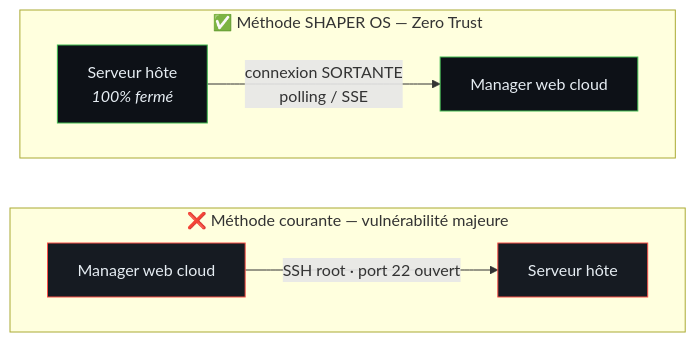
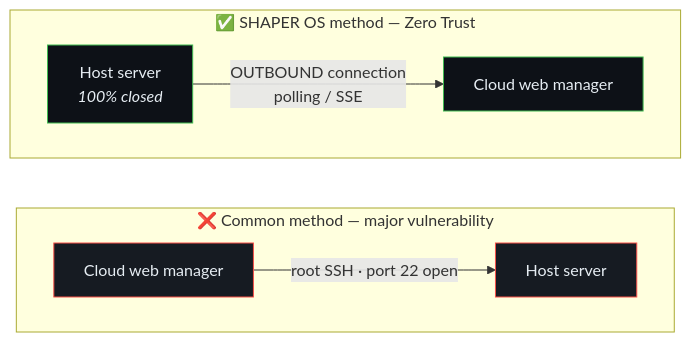
The second of 3 diagrams in docs/architecture/FRACTAL-ARCHITECTURE-AND-SECURITY.md (xavdp-pro/SHAPER-OS-V1.14), drawn with Mermaid before and after one commit. The commit also changed other lines of this file, not shown here.

First line of the commit message:
docs(rule-0): the fractal architecture and security document speaks English

````diff
--- a/docs/architecture/FRACTAL-ARCHITECTURE-AND-SECURITY.md
+++ b/docs/architecture/FRACTAL-ARCHITECTURE-AND-SECURITY.md
@@ -48,17 +48,17 @@
 ```mermaid
 flowchart LR
-    subgraph mauvais["❌ Méthode courante — vulnérabilité majeure"]
+    subgraph common["❌ Common method — major vulnerability"]
         direction LR
-        W1["Manager web cloud"] -- "SSH root · port 22 ouvert" --> H1["Serveur hôte"]
+        W1["Cloud web manager"] -- "root SSH · port 22 open" --> H1["Host server"]
     end
 
-    subgraph shaper["✅ Méthode SHAPER OS — Zero Trust"]
+    subgraph shaper["✅ SHAPER OS method — Zero Trust"]
         direction LR
-        H2["Serveur hôte<br/><i>100% fermé</i>"] -- "connexion SORTANTE<br/>polling / SSE" --> W2["Manager web cloud"]
+        H2["Host server<br/><i>100% closed</i>"] -- "OUTBOUND connection<br/>polling / SSE" --> W2["Cloud web manager"]
     end
 
     classDef bad fill:#161b22,stroke:#f85149,color:#e6edf3
     classDef good fill:#0d1117,stroke:#3fb950,color:#e6edf3
     class W1,H1 bad
     class W2,H2 good
 ```
````
